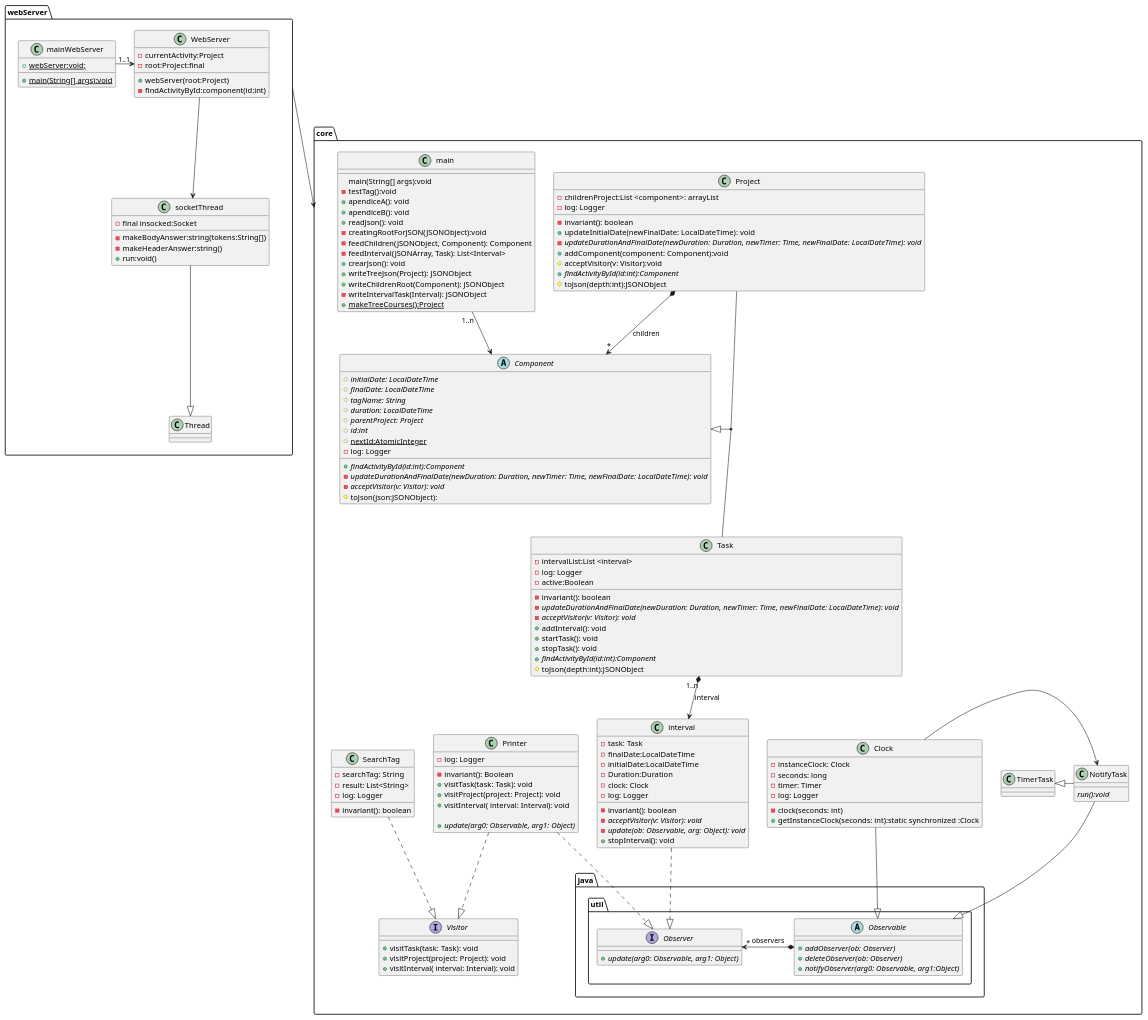
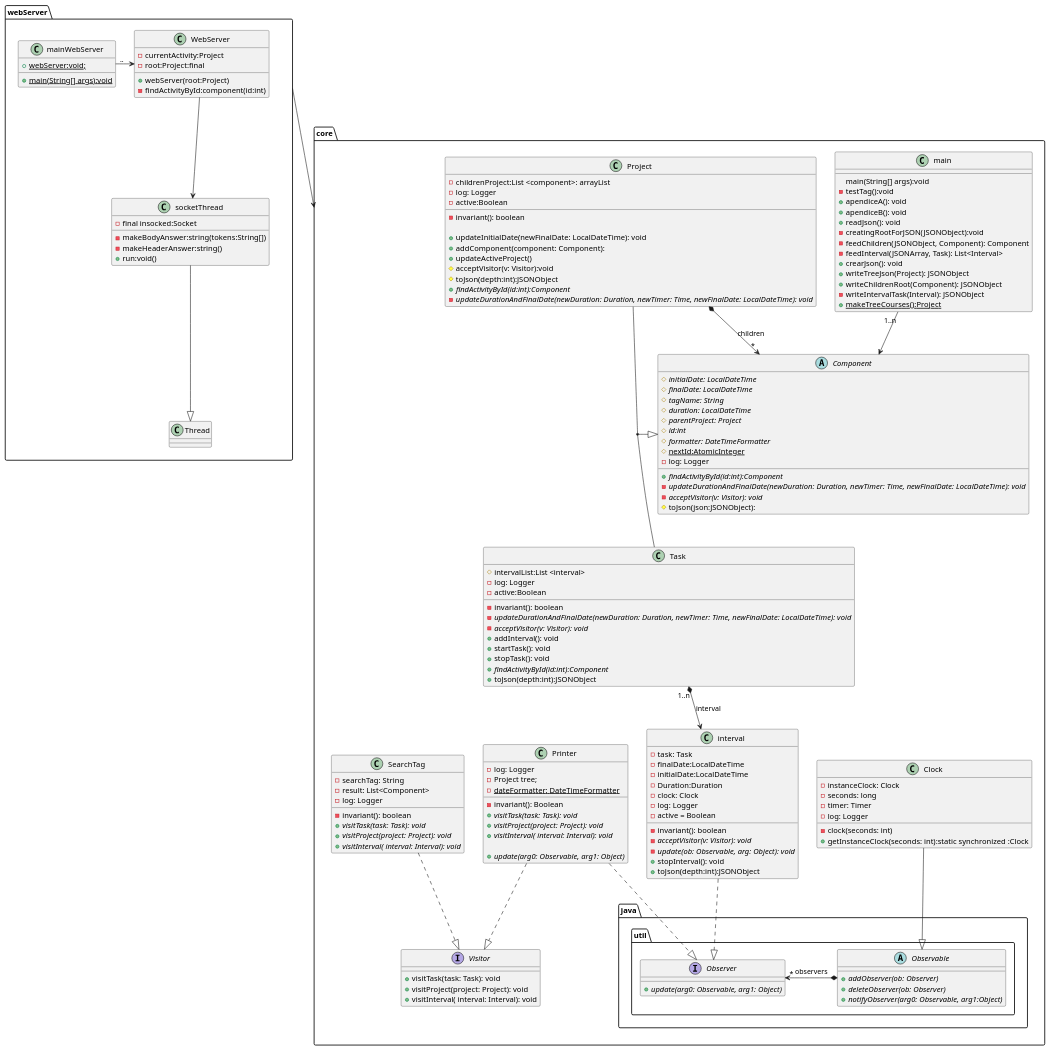
Before and after one commit to alekzihz/DS_TimeTracking: the diagram in src/umlTimeTracking.puml, drawn with PlantUML.

Commit message:
UML actualizado fita3.

```diff
--- a/src/umlTimeTracking.puml
+++ b/src/umlTimeTracking.puml
@@ -26,6 +26,7 @@
     {abstract}#duration: LocalDateTime
     {abstract}#parentProject: Project
     {abstract}#id:int
+    {abstract}#formatter: DateTimeFormatter
     #{static}nextId:AtomicInteger
     -log: Logger
     {abstract}+findActivityById(id:int):Component
@@ -44,18 +45,21 @@
 class Project{
     -childrenProject:List <component>: arrayList
     -log: Logger
+    -active:Boolean
+    -invariant(): boolean
 
-    -invariant(): boolean
     +updateInitialDate(newFinalDate: LocalDateTime): void
+    +addComponent(component: Component):
+    +updateActiveProject()
+    #acceptVisitor(v: Visitor):void
+    #toJson(depth:int):JSONObject
+    {abstract}+findActivityById(id:int):Component
     {abstract}-updateDurationAndFinalDate(newDuration: Duration, newTimer: Time, newFinalDate: LocalDateTime): void
-    +addComponent(component: Component):void
-    #acceptVisitor(v: Visitor):void
-    {abstract}+findActivityById(id:int):Component
-     #toJson(depth:int):JSONObject
+
 }
 
 class Task {
-    -intervalList:List <interval>
+    #intervalList:List <interval>
     -log: Logger
     -active:Boolean
     -invariant(): boolean
@@ -65,7 +69,8 @@
     +startTask(): void
     +stopTask(): void
     {abstract}+findActivityById(id:int):Component
-    #toJson(depth:int):JSONObject
+    +toJson(depth:int):JSONObject
+
 }
 class interval{
     -task: Task
@@ -74,21 +79,24 @@
     -Duration:Duration
     -clock: Clock
     -log: Logger
-
+    -active = Boolean
     -invariant(): boolean
     {abstract}-acceptVisitor(v: Visitor): void
     {abstract}-update(ob: Observable, arg: Object): void
     +stopInterval(): void
+    +toJson(depth:int):JSONObject
 
 }
 
 class Printer{
     -log: Logger
+    -Project tree;
+    -{static}dateFormatter: DateTimeFormatter
 
     -invariant(): Boolean
-    +visitTask(task: Task): void
-    +visitProject(project: Project): void
-    +visitInterval( interval: Interval): void
+    +{abstract}visitTask(task: Task): void
+    +{abstract}visitProject(project: Project): void
+    +{abstract}visitInterval( interval: Interval): void
 
     +{abstract}update(arg0: Observable, arg1: Object)
 }
@@ -96,11 +104,13 @@
 
 class SearchTag {
     -searchTag: String
-    -result: List<String>
+    -result: List<Component>
     -log: Logger
+    -invariant(): boolean
+    +{abstract}visitTask(task: Task): void
+    +{abstract}visitProject(project: Project): void
+    +{abstract}visitInterval( interval: Interval): void
 
-
-    -invariant(): boolean
 
 }
 
@@ -122,11 +132,7 @@
 
 
 }
-class NotifyTask{
-    {abstract}run():void
-}
 
-class TimerTask{}
 
 class Clock {
     -instanceClock: Clock
@@ -146,7 +152,7 @@
 main"1..n"--> Component
 Project *--> "*"Component:children
 
-Component <|--down(Project,Task)
+(Project,Task)--down|>Component
 
 Clock--|> Observable
 interval ..|> Observer
@@ -157,9 +163,7 @@
 
 
 
-Clock-left->NotifyTask
-NotifyTask--|>Observable
-NotifyTask-left-|>TimerTask
+
 
 
 package webServer{
@@ -186,7 +190,7 @@
 
     }
 
-mainWebServer"1..1"-right-> WebServer
+mainWebServer".."-right-> WebServer
 socketThread<-up- WebServer
 socketThread--|>Thread
 
```
